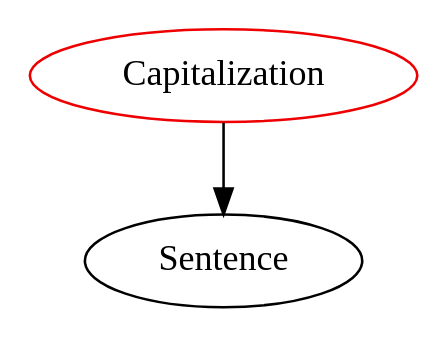
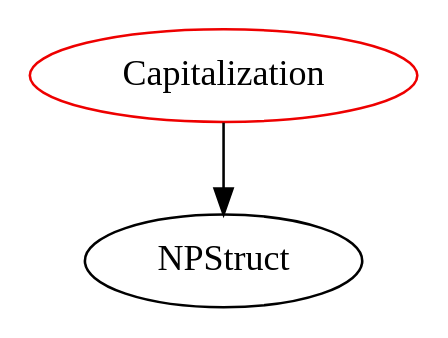
Before and after one commit to JacquesCarette/Drasil: the diagram in analysis/TypeDependencyGraphs/lang/Capitalization.dot, drawn with Graphviz. The commit also changed 899 other files, not shown here.

```diff
--- a/analysis/TypeDependencyGraphs/lang/Capitalization.dot
+++ b/analysis/TypeDependencyGraphs/lang/Capitalization.dot
@@ -1,4 +1,4 @@
 digraph capitalization{
 Capitalization	[shape=oval, color=red2, label="Capitalization"];
-Capitalization -> Sentence;
+Capitalization -> NPStruct;
 }
```
